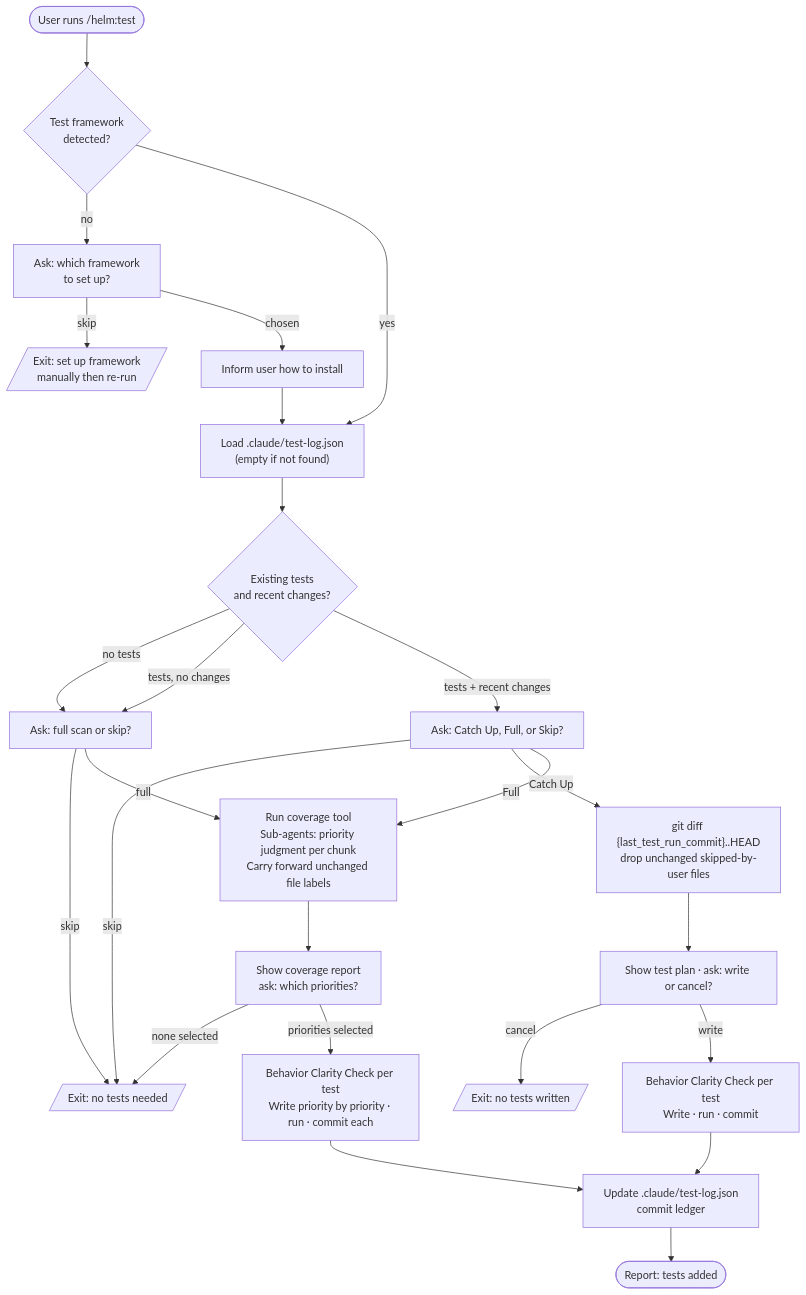
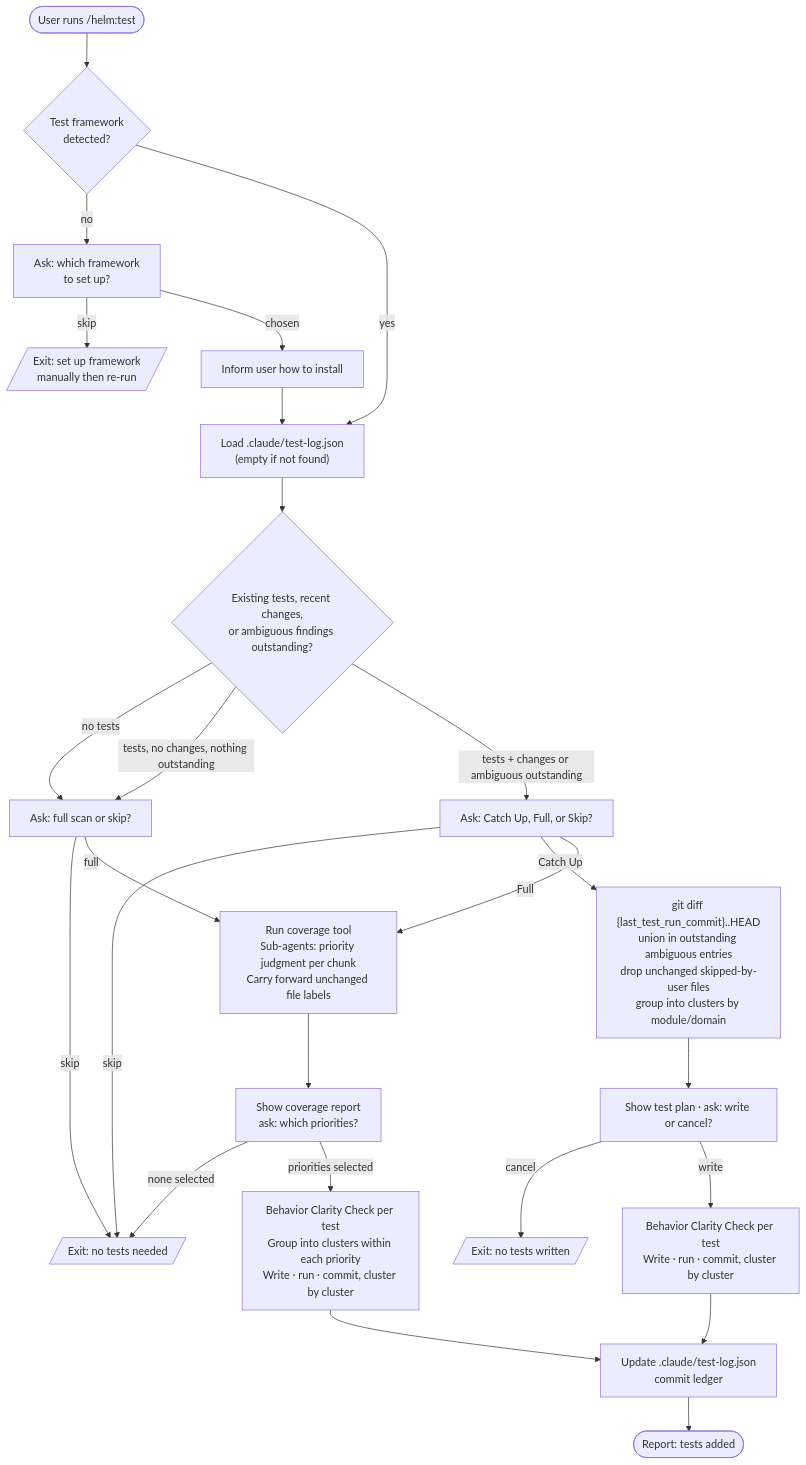
One commit to myowinthein/agent-helm changed the diagram in docs/commands/test.md. Above: the diagram before and after it, drawn with Mermaid. The commit also changed other lines of this file and 1 other file, not shown here.

First line of the commit message:
fix(test): cluster commits by module, resurface ambiguous findings

````diff
--- a/docs/commands/test.md
+++ b/docs/commands/test.md
@@ -13,34 +13,34 @@
 ```mermaid
 flowchart TD
   Start([User runs /helm:test]) --> Framework{Test framework<br/>detected?}
   Framework -->|no| AskFW[Ask: which framework<br/>to set up?]
   AskFW -->|skip| FWStop[/Exit: set up framework<br/>manually then re-run/]
   AskFW -->|chosen| FWSetup[Inform user how to install]
   Framework -->|yes| Ledger
   FWSetup --> Ledger
 
   Ledger["Load .claude/test-log.json<br/>(empty if not found)"] --> Assess
 
-  Assess{Existing tests<br/>and recent changes?}
+  Assess{Existing tests, recent changes,<br/>or ambiguous findings outstanding?}
   Assess -->|no tests| FullOrSkip["Ask: full scan or skip?"]
-  Assess -->|tests, no changes| FullOrSkip
-  Assess -->|tests + recent changes| Choice["Ask: Catch Up, Full, or Skip?"]
+  Assess -->|tests, no changes, nothing outstanding| FullOrSkip
+  Assess -->|tests + changes or ambiguous outstanding| Choice["Ask: Catch Up, Full, or Skip?"]
 
   FullOrSkip -->|skip| Skip[/Exit: no tests needed/]
   FullOrSkip -->|full| FullScan
   Choice -->|skip| Skip
   Choice -->|Catch Up| CatchUp
   Choice -->|Full| FullScan
 
-  CatchUp["git diff {last_test_run_commit}..HEAD<br/>drop unchanged skipped-by-user files"] --> CatchPlan["Show test plan · ask: write or cancel?"]
+  CatchUp["git diff {last_test_run_commit}..HEAD<br/>union in outstanding ambiguous entries<br/>drop unchanged skipped-by-user files<br/>group into clusters by module/domain"] --> CatchPlan["Show test plan · ask: write or cancel?"]
   CatchPlan -->|cancel| Cancel[/Exit: no tests written/]
-  CatchPlan -->|write| CWrite["Behavior Clarity Check per test<br/>Write · run · commit"]
+  CatchPlan -->|write| CWrite["Behavior Clarity Check per test<br/>Write · run · commit, cluster by cluster"]
   CWrite --> UpdateLedger
 
   FullScan["Run coverage tool<br/>Sub-agents: priority judgment per chunk<br/>Carry forward unchanged file labels"] --> FullPlan["Show coverage report<br/>ask: which priorities?"]
   FullPlan -->|none selected| Skip
-  FullPlan -->|priorities selected| FWrite["Behavior Clarity Check per test<br/>Write priority by priority · run · commit each"]
+  FullPlan -->|priorities selected| FWrite["Behavior Clarity Check per test<br/>Group into clusters within each priority<br/>Write · run · commit, cluster by cluster"]
   FWrite --> UpdateLedger
 
   UpdateLedger["Update .claude/test-log.json<br/>commit ledger"] --> Done([Report: tests added])
 ```
````
